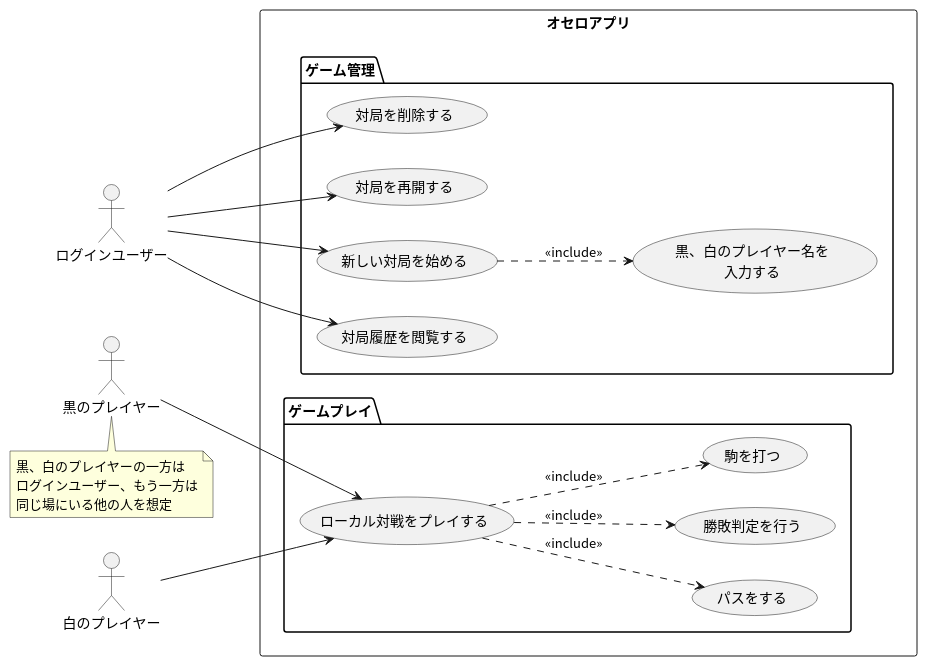
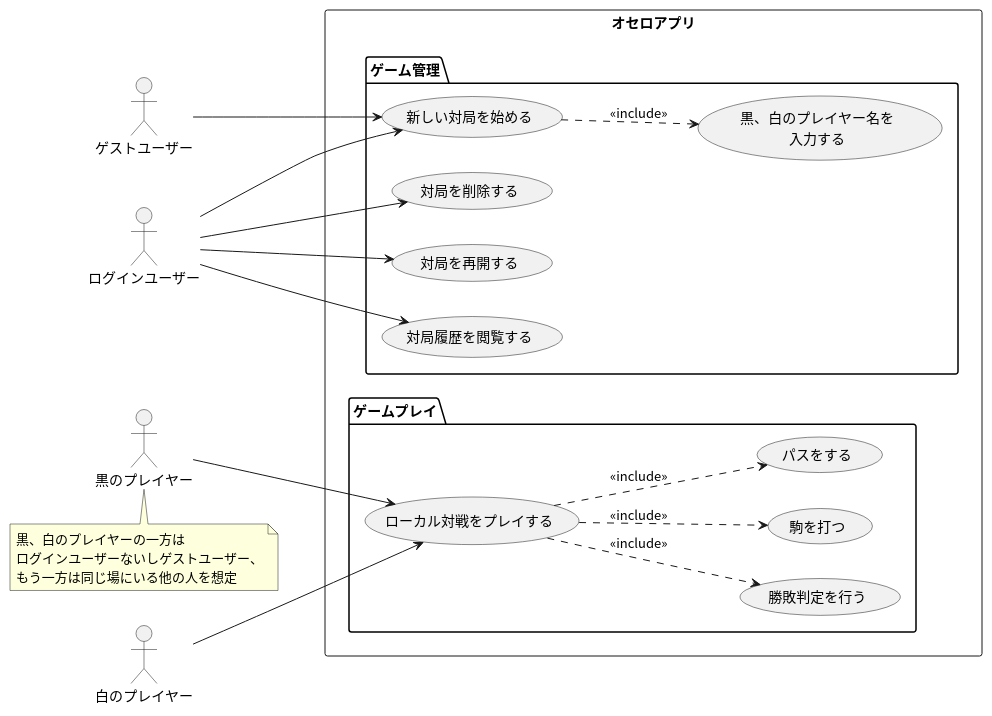
The diagram in docs/usecase/game_management_usecase.pu (tomoki-shiozaki/othello), drawn with PlantUML before and after one commit. The commit also changed 2 other files, not shown here.

Commit message:
docs: add guest-user's use case to use case diagram

```diff
--- a/docs/usecase/game_management_usecase.pu
+++ b/docs/usecase/game_management_usecase.pu
@@ -1,45 +1,49 @@
 @startuml game_management_usecase
 skinparam defaultFontName "Noto Sans CJK JP"
 left to right direction
+
+actor ゲストユーザー as guestuser
 
 actor ログインユーザー as loggedInUser
 
 actor 黒のプレイヤー as blackPlayer
 actor 白のプレイヤー as whitePlayer
 
 rectangle "オセロアプリ" {
   package "ゲーム管理" {
     (新しい対局を始める) as createNewGame
     (対局履歴を閲覧する) as GameHistory
     (対局を削除する) as deleteGame
     (対局を再開する) as restartGame
 
     (黒、白のプレイヤー名を\n入力する) as PlayerName
     createNewGame ..> PlayerName : <<include>>
 }
   package "ゲームプレイ" {
     (ローカル対戦をプレイする) as playLocalGame
     (駒を打つ) as placePiece
     (パスをする) as passTurn
     (勝敗判定を行う) as endGame
     playLocalGame ..> placePiece : <<include>>
     playLocalGame ..> passTurn : <<include>>
     playLocalGame ..> endGame : <<include>>
   }
 }
 
+guestuser --> createNewGame
+
 loggedInUser --> createNewGame
 loggedInUser --> GameHistory
 loggedInUser --> deleteGame
 loggedInUser --> restartGame
 
 blackPlayer --> playLocalGame
 whitePlayer --> playLocalGame
 
 note bottom of blackPlayer
 黒、白のプレイヤーの一方は
-ログインユーザー、もう一方は
-同じ場にいる他の人を想定
+ログインユーザーないしゲストユーザー、
+もう一方は同じ場にいる他の人を想定
 end note
 
 @enduml
```
